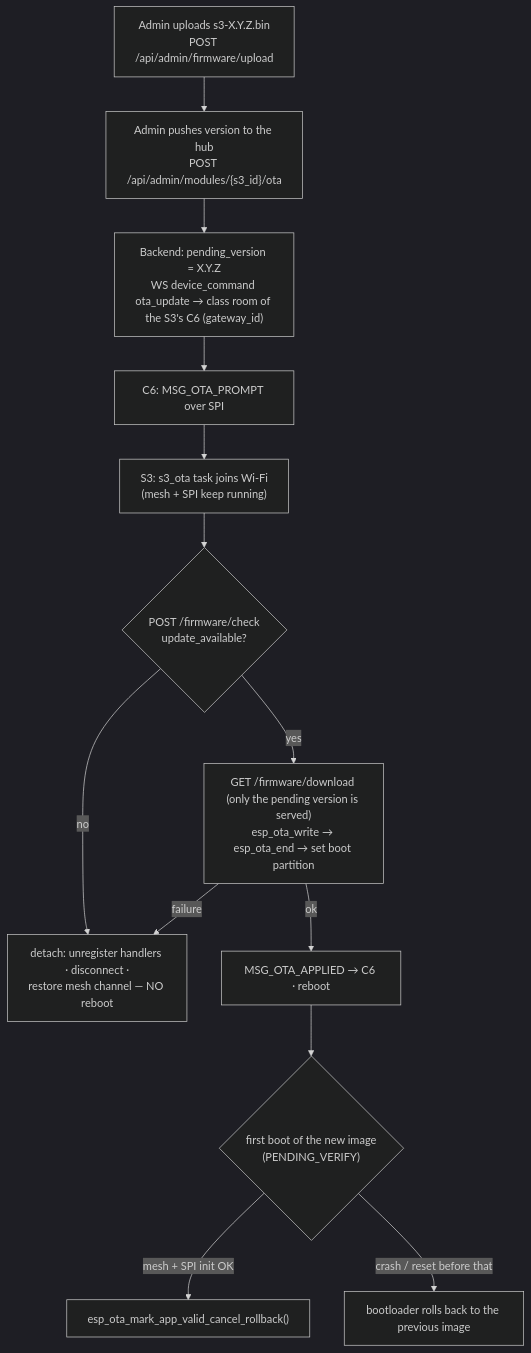
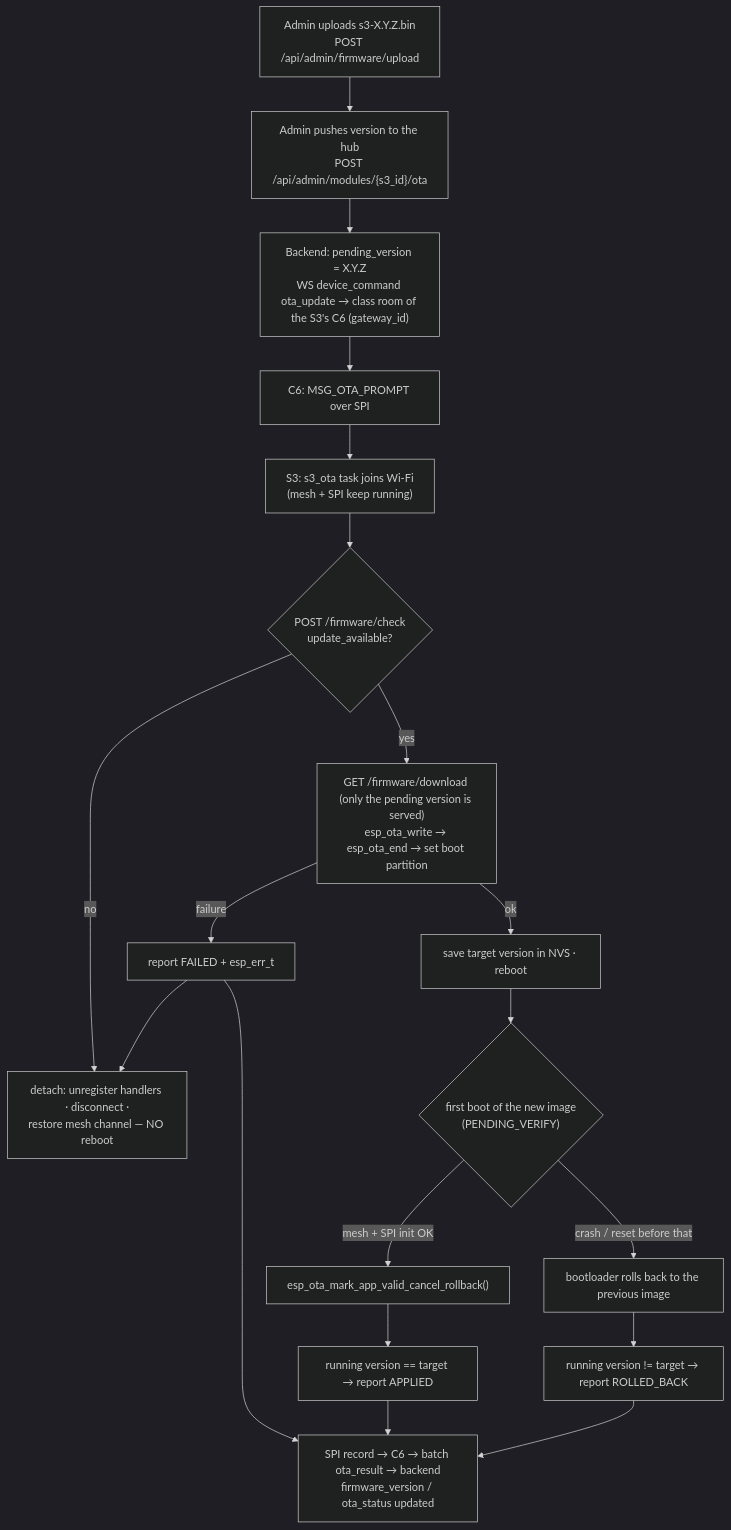
Before and after one commit to Kush-Kelaiya22/imPress: the diagram in docs/guides/ota-updates.md, drawn with Mermaid (dark theme). The commit also changed other lines of this file and 25 other files, not shown here.

First line of the commit message:
fix(ota): report what really runs, after the reboot; check downloads; guard pushes

````diff
--- a/docs/guides/ota-updates.md
+++ b/docs/guides/ota-updates.md
@@ -7,15 +7,18 @@
 ```mermaid
 flowchart TB
     U["Admin uploads s3-X.Y.Z.bin<br/>POST /api/admin/firmware/upload"] --> P["Admin pushes version to the hub<br/>POST /api/admin/modules/{s3_id}/ota"]
     P --> W["Backend: pending_version = X.Y.Z<br/>WS device_command ota_update → class room of the S3's C6 (gateway_id)"]
     W --> C6["C6: MSG_OTA_PROMPT over SPI"]
     C6 --> S3["S3: s3_ota task joins Wi-Fi<br/>(mesh + SPI keep running)"]
     S3 --> CK{"POST /firmware/check<br/>update_available?"}
     CK -- no --> DT["detach: unregister handlers · disconnect ·<br/>restore mesh channel — NO reboot"]
     CK -- yes --> DL["GET /firmware/download (only the pending version is served)<br/>esp_ota_write → esp_ota_end → set boot partition"]
-    DL -- failure --> DT
-    DL -- ok --> AP["MSG_OTA_APPLIED → C6 · reboot"]
+    DL -- failure --> F["report FAILED + esp_err_t"] --> DT
+    DL -- ok --> AP["save target version in NVS · reboot"]
     AP --> B{"first boot of the new image<br/>(PENDING_VERIFY)"}
     B -- "mesh + SPI init OK" --> V["esp_ota_mark_app_valid_cancel_rollback()"]
     B -- "crash / reset before that" --> RB["bootloader rolls back to the previous image"]
+    V --> R["running version == target → report APPLIED"]
+    RB --> R2["running version != target → report ROLLED_BACK"]
+    R & R2 & F --> BE["SPI record → C6 → batch ota_result → backend<br/>firmware_version / ota_status updated"]
 ```
````
